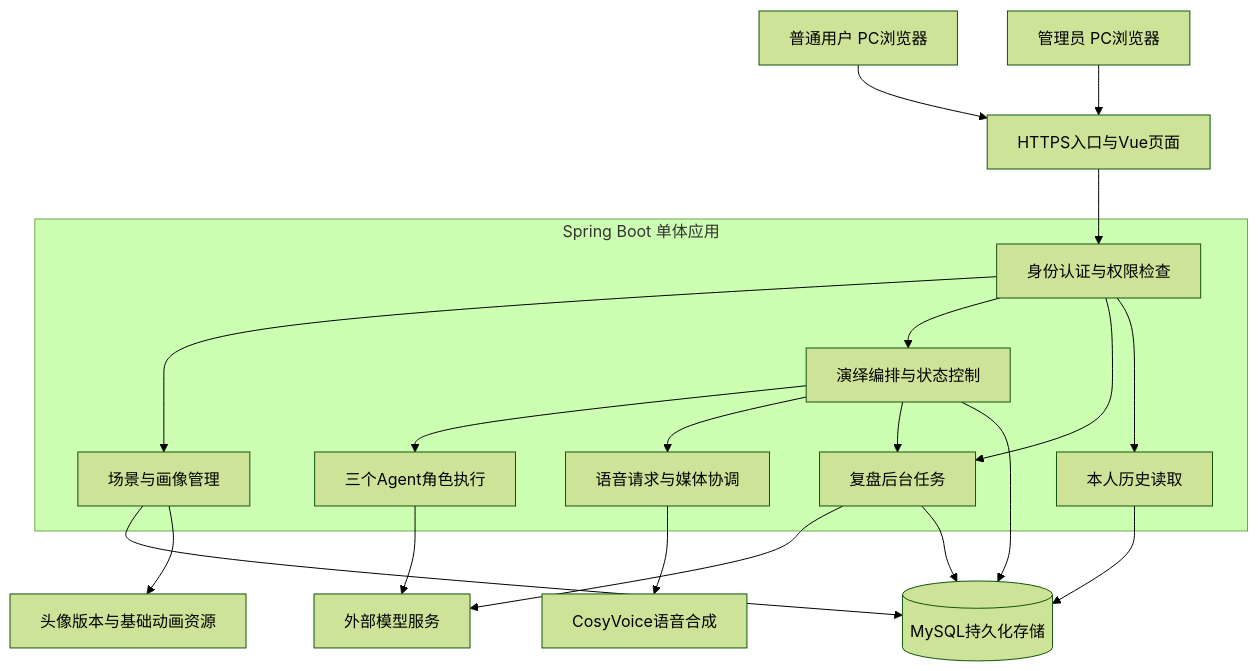
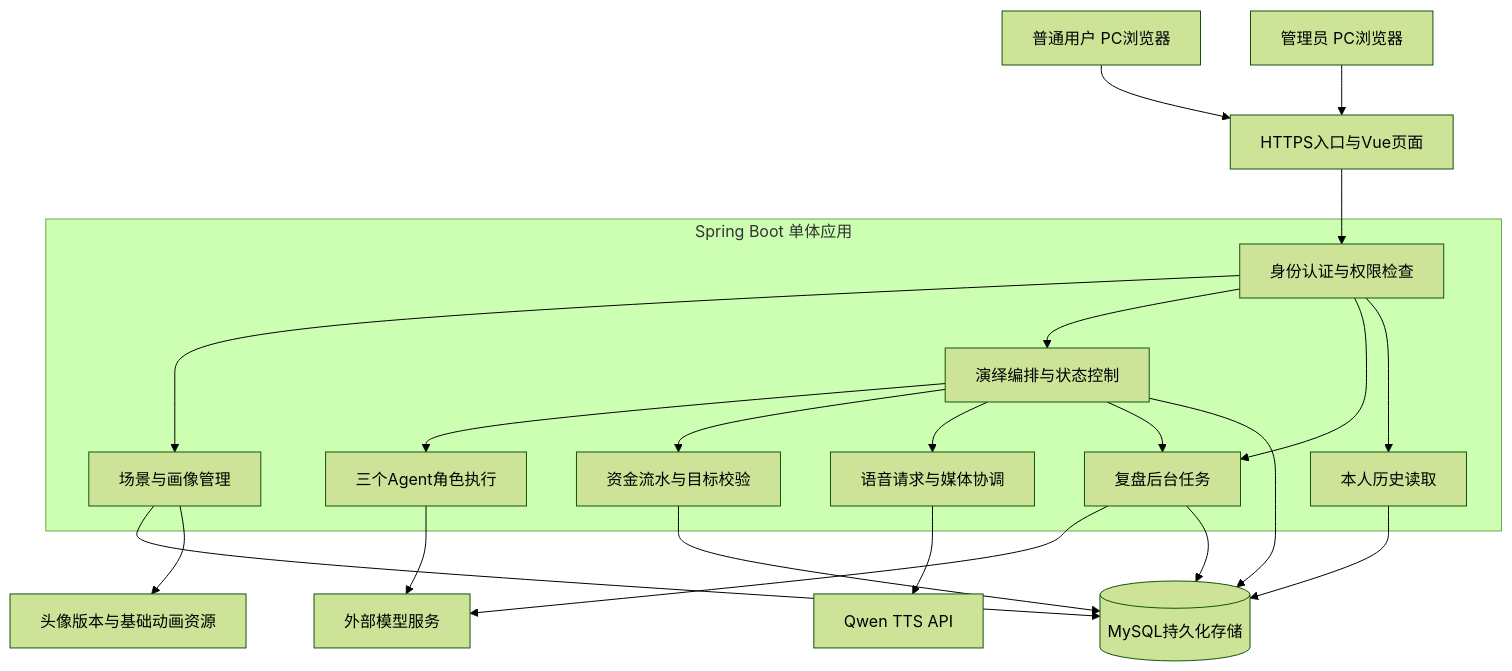
The first of 4 diagrams in docs/AI反诈情景推演平台_系统架构设计文档_V1_1.md (CARL-zhou7/AI-anti-scrm-new), drawn with Mermaid (forest theme) before and after one commit. The commit also changed other lines of this file and 131 other files, not shown here.

````diff
--- a/docs/AI反诈情景推演平台_系统架构设计文档_V1_1.md
+++ b/docs/AI反诈情景推演平台_系统架构设计文档_V1_1.md
@@ -93,38 +105,41 @@
 ```mermaid
 flowchart TB
     U[普通用户 PC浏览器]
     A[管理员 PC浏览器]
     WEB[HTTPS入口与Vue页面]
     subgraph APP[Spring Boot 单体应用]
         AUTH[身份认证与权限检查]
         BASE[场景与画像管理]
         ORCH[演绎编排与状态控制]
+        FUND[资金流水与目标校验]
         AGENT[三个Agent角色执行]
         MEDIA[语音请求与媒体协调]
         REP[复盘后台任务]
         HIS[本人历史读取]
     end
     DB[(MySQL持久化存储)]
     FILE[头像版本与基础动画资源]
     LLM[外部模型服务]
-    TTS[CosyVoice语音合成]
+    TTS[Qwen TTS API]
 
     U --> WEB
     A --> WEB
     WEB --> AUTH
     AUTH --> BASE
     AUTH --> ORCH
     AUTH --> REP
     AUTH --> HIS
     ORCH --> AGENT
+    ORCH --> FUND
     AGENT --> LLM
     ORCH --> MEDIA
     MEDIA --> TTS
     ORCH --> REP
     REP --> LLM
     BASE --> DB
     BASE --> FILE
     ORCH --> DB
+    FUND --> DB
     REP --> DB
     HIS --> DB
 ```
````
